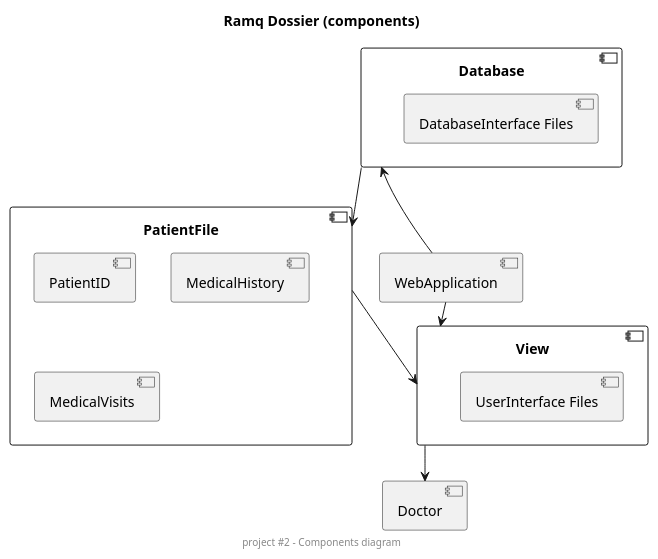
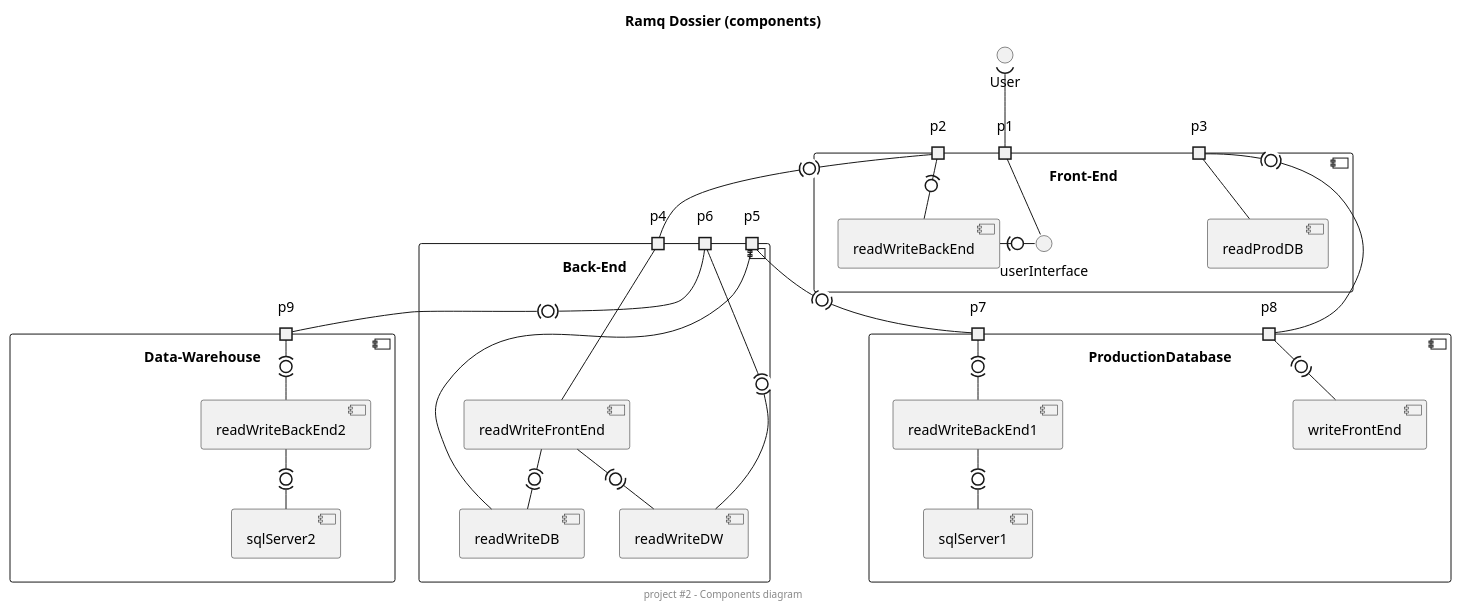
The diagram in Models/plantuml/component.puml (AmineSdi/PROJET_JAVAFX), drawn with PlantUML before and after one commit.

Commit message:
Complète la première version des composantes

```diff
--- a/Models/plantuml/component.puml
+++ b/Models/plantuml/component.puml
@@ -1,37 +1,71 @@
 @startuml
 'DOCUMENTATION
 'PLANTUML : https://plantuml.com/fr/component-diagram
 'WHATS A COMPONENTS DIAGRAM : https://www.visual-paradigm.com/guide/uml-unified-modeling-language/what-is-component-diagram/
 
 title Ramq Dossier (components)
 center footer project #2 - Components diagram
 'component searchPatientFile as SPF
 'component FileRepository as FR
 'SPF -0)- FR : fileAccessor
 
-component Doctor {
+component Front-End as FE{
+    portin p1
+    portin p2
+    portin p3
+    () userInterface as UI
+    component readWriteBackEnd as PU
+    component readProdDB as RP
+}
+
+()  User as U
+
+
+component Back-End as BE{
+    portin p4
+    portin p5
+    portin p6
+    component readWriteFrontEnd as RWFE
+    component readWriteDB as RWDB
+    component readWriteDW as RWDW
 
 }
-View --> Doctor
 
-component View {
-    [UserInterface Files]
-}
-Database --> PatientFile
-PatientFile --> View
-
-component Database {
-    [DatabaseInterface Files]
+component ProductionDatabase as DB{
+    portin p7
+    portin p8
+    component readWriteBackEnd1 as RWBE1
+    component sqlServer1 as SS1
+    component writeFrontEnd as WF
 }
 
-component PatientFile {
-    [PatientID]
-    [MedicalHistory]
-    [MedicalVisits]
+component Data-Warehouse as DW{
+    portin p9
+    component readWriteBackEnd2 as RWBE2
+    component sqlServer2 as SS2
 }
 
-component WebApplication{
-}
-WebApplication --> View
-Database <-- WebApplication
+
+FE -[hidden]-> BE
+BE -[hidden]> DB
+BE -[hidden]> DW
+U )-- p1
+p1 -- UI
+UI -right0)- PU
+PU -0)- p2
+RP -- p3
+p2 -(0)- p4
+p4 -right- RWFE
+RWFE -(0)- RWDB
+RWFE -(0)- RWDW
+RWDW -(0)- p6
+RWDB -- p5
+p5 -(0)- p7
+p6 -(0)- p9
+p9 -(0)- RWBE2
+RWBE2 -(0)- SS2
+p3 -(0)- p8
+p7 -(0)- RWBE1
+p8 -(0)- WF
+RWBE1 -(0)- SS1
 @enduml
```
